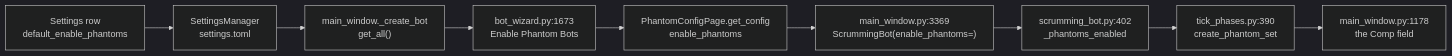
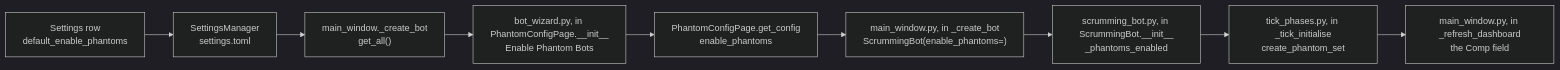
Diagram 12 of 22 in docs/manual/08-tabs/settings.md (Acervator-LLC/ACERVATOR), drawn with Mermaid (dark theme) before and after one commit. The commit also changed other lines of this file and 12 other files, not shown here.

````diff
--- a/docs/manual/08-tabs/settings.md
+++ b/docs/manual/08-tabs/settings.md
@@ -4844,11 +4845,11 @@
 ```mermaid
 flowchart LR
   A["Settings row<br/>default_enable_phantoms"] --> B["SettingsManager<br/>settings.toml"]
   B --> C["main_window._create_bot<br/>get_all()"]
-  C --> D["bot_wizard.py:1673<br/>Enable Phantom Bots"]
+  C --> D["bot_wizard.py, in PhantomConfigPage.__init__<br/>Enable Phantom Bots"]
   D --> E["PhantomConfigPage.get_config<br/>enable_phantoms"]
-  E --> F["main_window.py:3369<br/>ScrummingBot(enable_phantoms=)"]
-  F --> G["scrumming_bot.py:402<br/>_phantoms_enabled"]
-  G --> H["tick_phases.py:390<br/>create_phantom_set"]
-  H --> I["main_window.py:1178<br/>the Comp field"]
+  E --> F["main_window.py, in _create_bot<br/>ScrummingBot(enable_phantoms=)"]
+  F --> G["scrumming_bot.py, in ScrummingBot.__init__<br/>_phantoms_enabled"]
+  G --> H["tick_phases.py, in _tick_initialise<br/>create_phantom_set"]
+  H --> I["main_window.py, in _refresh_dashboard<br/>the Comp field"]
 ```
````
